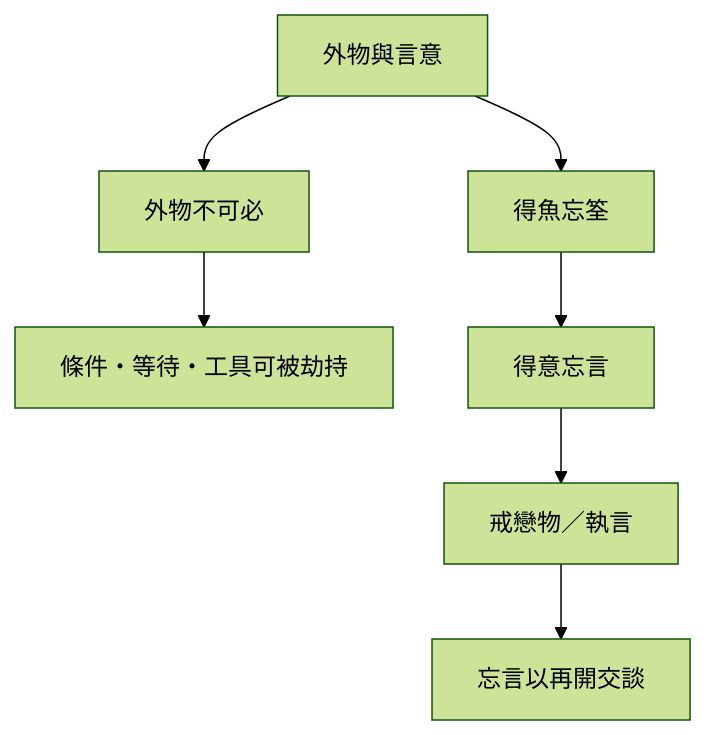
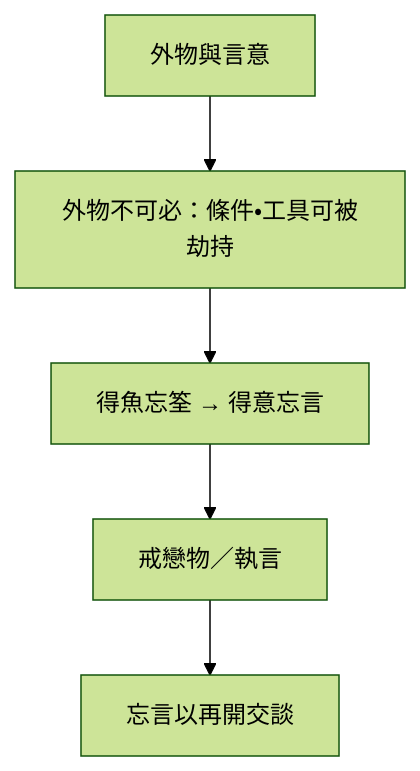
The diagram in content/chapters/03-雜篇/26-外物.md (show0621/zhuangzi-atlas), drawn with Mermaid (forest theme) before and after one commit. The commit also changed other lines of this file and 35 other files, not shown here.

First line of the commit message:
fix(print): 全書心智圖改單欄並獨頁放大

````diff
--- a/content/chapters/03-雜篇/26-外物.md
+++ b/content/chapters/03-雜篇/26-外物.md
@@ -203,9 +203,8 @@
 ```mermaid
 flowchart TB
-  Q[外物與言意] --> U[外物不可必]
-  U --> C[條件・等待・工具可被劫持]
-  Q --> Y[得魚忘筌]
-  Y --> W[得意忘言]
-  W --> R[戒戀物／執言]
-  R --> O[忘言以再開交談]
+  Q["外物與言意"]
+  Q --> U["外物不可必：條件・工具可被劫持"]
+  U --> Y["得魚忘筌 → 得意忘言"]
+  Y --> R["戒戀物／執言"]
+  R --> O["忘言以再開交談"]
 ```
````
